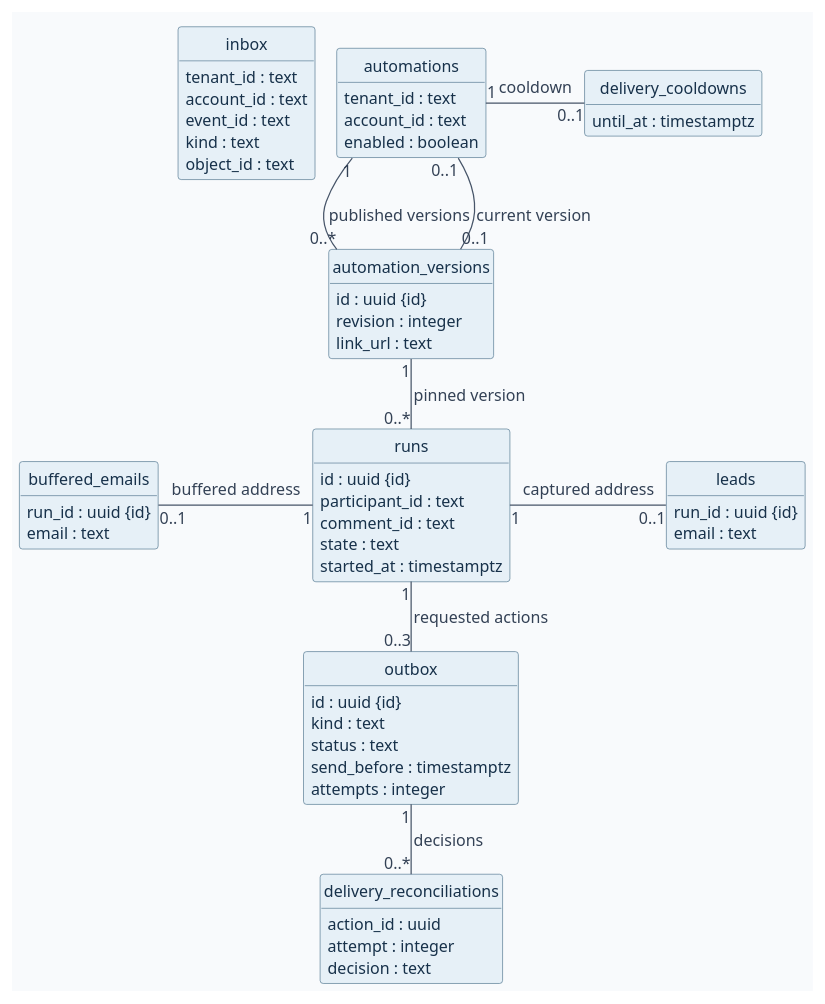
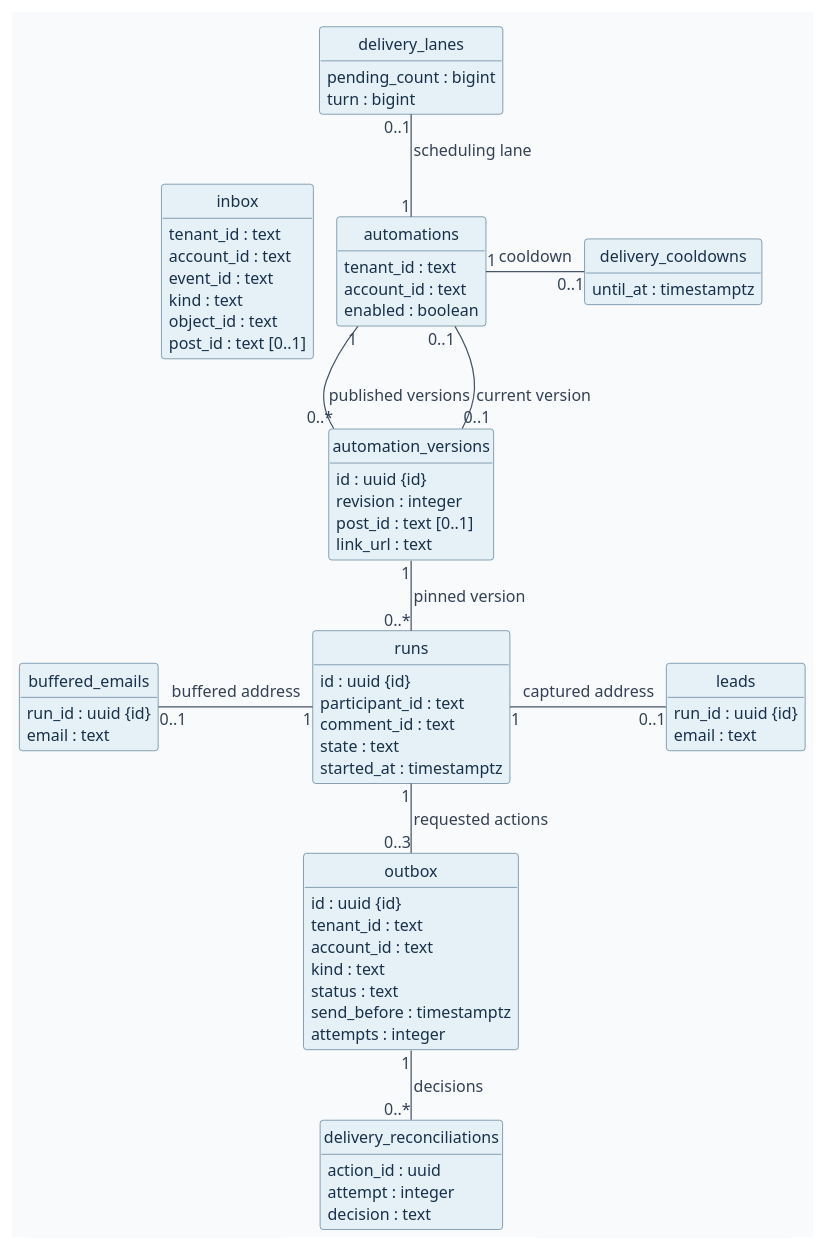
The diagram in docs/diagrams/data-model.puml (ByAxe/blotato-comment-automations), drawn with PlantUML before and after one commit. The commit also changed 21 other files, not shown here.

```diff
--- a/docs/diagrams/data-model.puml
+++ b/docs/diagrams/data-model.puml
@@ -1,84 +1,94 @@
 @startuml
 !pragma layout smetana
 hide circle
 hide empty members
 skinparam BackgroundColor #F8FAFC
 skinparam DefaultFontName SansSerif
 skinparam DefaultFontColor #17314A
 skinparam DefaultFontSize 15
 skinparam Shadowing false
 skinparam ArrowColor #475569
 skinparam ArrowFontColor #334155
 skinparam ArrowFontSize 13
 skinparam ClassBackgroundColor #E6F0F7
 skinparam ClassBorderColor #456C87
 skinparam ClassAttributeFontSize 13
 skinparam nodesep 35
 skinparam ranksep 54
 
 class automations {
   tenant_id : text
   account_id : text
   enabled : boolean
 }
 
 class automation_versions {
   id : uuid {id}
   revision : integer
+  post_id : text [0..1]
   link_url : text
 }
 
 class inbox {
   tenant_id : text
   account_id : text
   event_id : text
   kind : text
   object_id : text
+  post_id : text [0..1]
 }
 
 class runs {
   id : uuid {id}
   participant_id : text
   comment_id : text
   state : text
   started_at : timestamptz
 }
 
 class buffered_emails {
   run_id : uuid {id}
   email : text
 }
 
 class leads {
   run_id : uuid {id}
   email : text
 }
 
 class outbox {
   id : uuid {id}
+  tenant_id : text
+  account_id : text
   kind : text
   status : text
   send_before : timestamptz
   attempts : integer
+}
+
+class delivery_lanes {
+  pending_count : bigint
+  turn : bigint
 }
 
 class delivery_cooldowns {
   until_at : timestamptz
 }
 
 class delivery_reconciliations {
   action_id : uuid
   attempt : integer
   decision : text
 }
 
 inbox -[hidden]right- automations
 automations "1" -down- "0..*" automation_versions : published versions
 automations "0..1" -down- "0..1" automation_versions : current version
+automations "1" -up- "0..1" delivery_lanes : scheduling lane
 automations "1" -right- "0..1" delivery_cooldowns : cooldown
 automation_versions "1" -down- "0..*" runs : pinned version
 runs "1" -left- "0..1" buffered_emails : buffered address
 runs "1" -right- "0..1" leads : captured address
 runs "1" -down- "0..3" outbox : requested actions
 outbox "1" -down- "0..*" delivery_reconciliations : decisions
 @enduml
```
